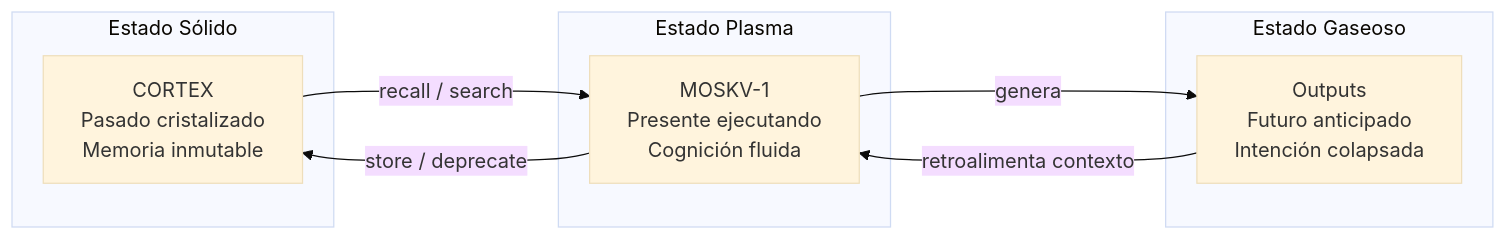
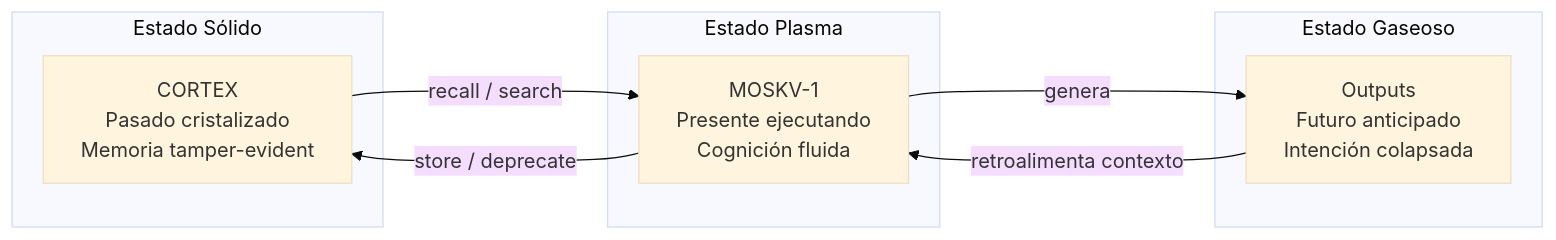
One commit to borjamoskv/babylon-60 changed the diagram in docs/cortex_vs_moskv.md. Above: the diagram before and after it, drawn with Mermaid (base theme). The commit also changed other lines of this file and 106 other files, not shown here.

````diff
--- a/docs/cortex_vs_moskv.md
+++ b/docs/cortex_vs_moskv.md
@@ -117,17 +117,17 @@
 ```mermaid
 graph LR
     subgraph "Estado Sólido"
-        CORTEX["CORTEX<br/>Pasado cristalizado<br/>Memoria inmutable"]
+        CORTEX["CORTEX<br/>Pasado cristalizado<br/>Memoria tamper-evident"]
     end
     subgraph "Estado Plasma"
         MOSKV["MOSKV-1<br/>Presente ejecutando<br/>Cognición fluida"]
     end
     subgraph "Estado Gaseoso"
         OUTPUT["Outputs<br/>Futuro anticipado<br/>Intención colapsada"]
     end
 
     CORTEX -->|"recall / search"| MOSKV
     MOSKV -->|"store / deprecate"| CORTEX
     MOSKV -->|"genera"| OUTPUT
     OUTPUT -->|"retroalimenta contexto"| MOSKV
 ```
````
